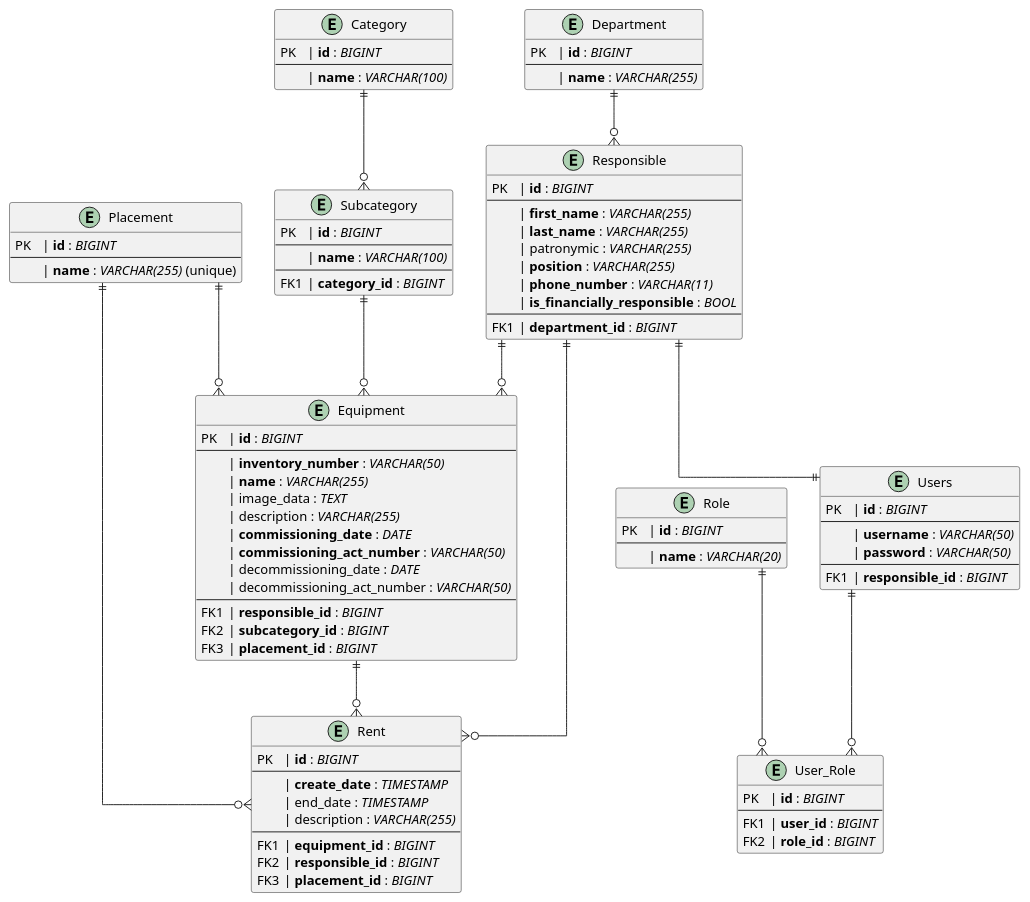
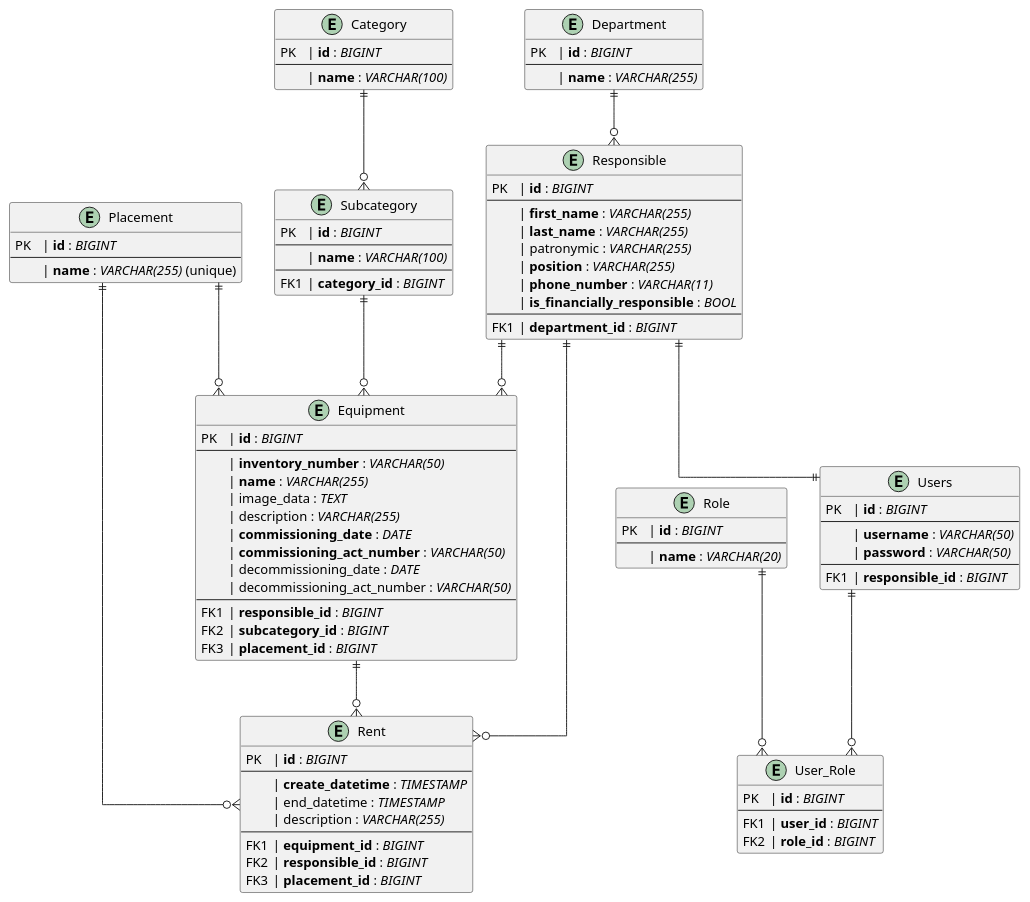
Before and after one commit to http3ac3/mtru-server: the diagram in docs/er.puml, drawn with PlantUML. The commit also changed 6 other files, not shown here.

Commit message:
fix: 'createDate' field rename to 'createDate' and 'endDate' to 'endDateTime'

```diff
--- a/docs/er.puml
+++ b/docs/er.puml
@@ -1,110 +1,110 @@
 @startuml
 skinparam linetype ortho
 
 'сущности
 
 entity Equipment {
   PK\t| **id** : //BIGINT//
   --
     \t| **inventory_number** : //VARCHAR(50)//
     \t| **name** : //VARCHAR(255)//
     \t| image_data : //TEXT//
     \t| description : //VARCHAR(255)//
     \t| **commissioning_date** : //DATE//
     \t| **commissioning_act_number** : //VARCHAR(50)//
     \t| decommissioning_date : //DATE//
     \t| decommissioning_act_number : //VARCHAR(50)//
   --
   FK1\t| **responsible_id** : //BIGINT//
   FK2\t| **subcategory_id** : //BIGINT//
   FK3\t| **placement_id** : //BIGINT//
 }
 
 entity Placement {
   PK\t| **id** : //BIGINT//
   --
     \t| **name** : //VARCHAR(255)// (unique)
 }
 
 entity Department {
   PK\t| **id** : //BIGINT//
   --
     \t| **name** : //VARCHAR(255)//
 }
 
 entity Responsible {
   PK\t| **id** : //BIGINT//
   --
     \t| **first_name** : //VARCHAR(255)//
     \t| **last_name** : //VARCHAR(255)//
     \t| patronymic : //VARCHAR(255)//
     \t| **position** : //VARCHAR(255)//
     \t| **phone_number** : //VARCHAR(11)//
     \t| **is_financially_responsible** : //BOOL//
   --
   FK1\t| **department_id** : //BIGINT//
 }
 
 entity Category {
   PK\t| **id** : //BIGINT//
   --
     \t| **name** : //VARCHAR(100)//
 }
 
 entity Subcategory {
   PK\t| **id** : //BIGINT//
   --
     \t| **name** : //VARCHAR(100)//
   --
   FK1\t| **category_id** : //BIGINT//
 }
 
 entity Rent {
   PK\t| **id** : //BIGINT//
   --
-    \t| **create_date** : //TIMESTAMP//
-    \t| end_date : //TIMESTAMP//
+    \t| **create_datetime** : //TIMESTAMP//
+    \t| end_datetime : //TIMESTAMP//
     \t| description : //VARCHAR(255)//
   --
   FK1\t| **equipment_id** : //BIGINT//
   FK2\t| **responsible_id** : //BIGINT//
   FK3\t| **placement_id** : //BIGINT//
 }
 
 entity Users {
   PK\t| **id** : //BIGINT//
   --
     \t| **username** : //VARCHAR(50)//
     \t| **password** : //VARCHAR(50)//
   --
   FK1\t| **responsible_id** : //BIGINT//
 }
 
 entity Role {
   PK\t| **id** : //BIGINT//
   --
     \t| **name** : //VARCHAR(20)//
 }
 
 entity User_Role {
   PK\t| **id** : //BIGINT//
   --
   FK1\t| **user_id** : //BIGINT//
   FK2\t| **role_id** : //BIGINT//
 }
 
 'relationships
 
 Category    ||--o{ Subcategory
 Subcategory ||--o{ Equipment
 Equipment   ||--o{ Rent
 Responsible ||--o{ Rent
 Placement   ||--o{ Equipment
 Placement   ||--o{ Rent
 Responsible ||--|| Users
 Department ||--o{ Responsible
 Responsible ||--o{ Equipment
 
 Users ||--o{ User_Role
 Role ||--o{ User_Role
 @enduml
```
